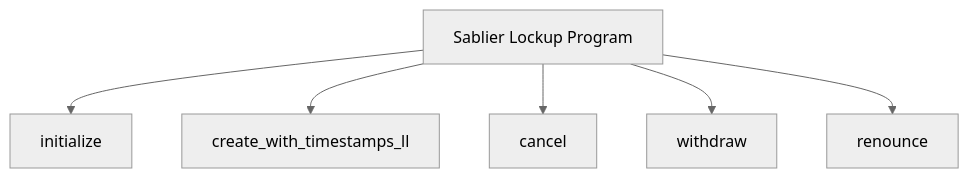
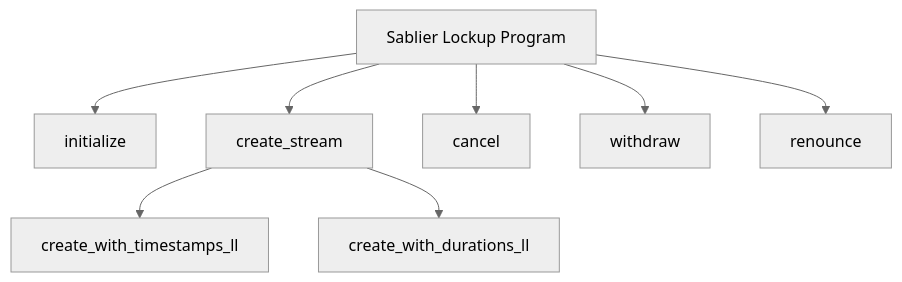
Before and after one commit to sablier-labs/docs: the first of 10 diagrams in docs/solana/accounts-architecture/01-lockup.md, drawn with Mermaid (neutral theme). The commit also changed other lines of this file and 8 other files, not shown here.

````diff
--- a/docs/solana/accounts-architecture/01-lockup.md
+++ b/docs/solana/accounts-architecture/01-lockup.md
@@ -24,8 +24,10 @@
 ```mermaid
 flowchart TD
     A[Sablier Lockup Program] --> B[initialize]
-    A --> C[create_with_timestamps_ll]
+    A --> C[create_stream]
     A --> D[cancel]
     A --> E[withdraw]
     A --> F[renounce]
+    C --> G[create_with_timestamps_ll]
+    C --> H[create_with_durations_ll]
 ```
````
